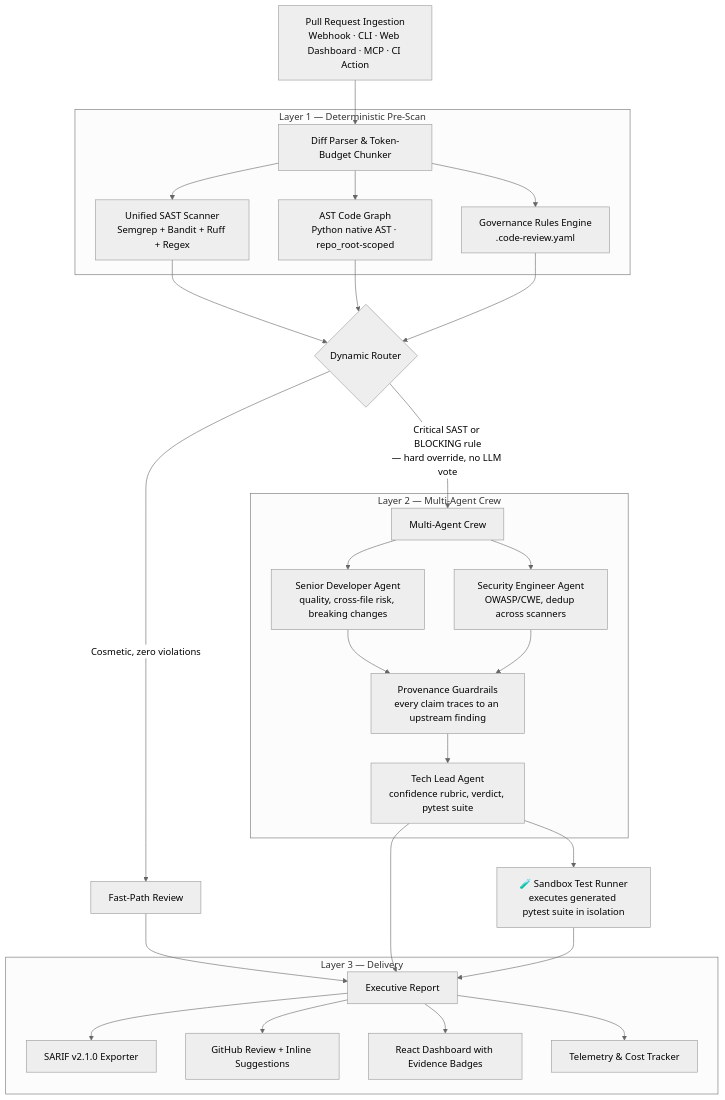
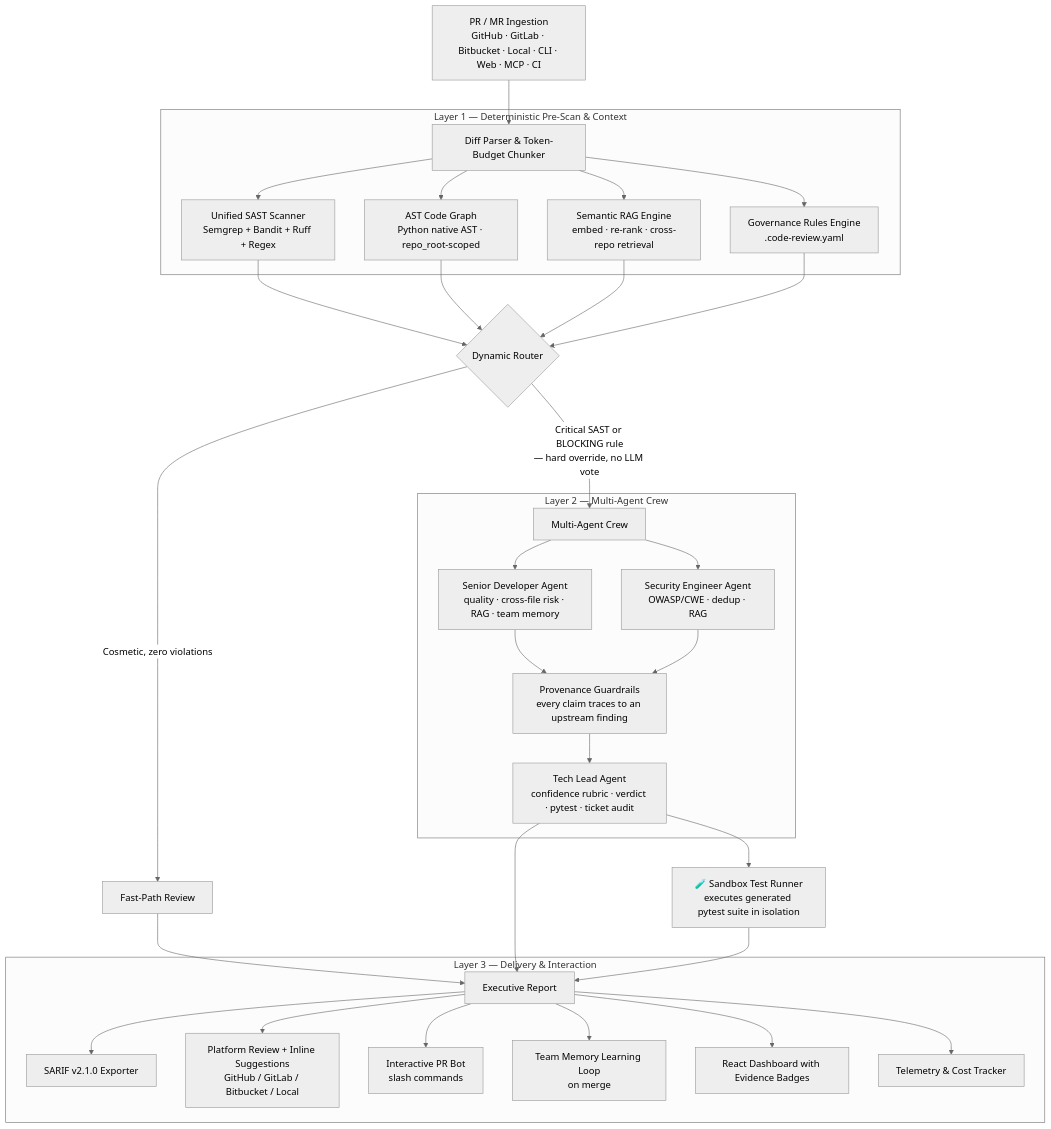
The first of 2 diagrams in README.md (hamza1713/AI-Code-Review-Agent), drawn with Mermaid (neutral theme) before and after one commit. The commit also changed other lines of this file and 43 other files, not shown here.

First line of the commit message:
feat: complete Phases 1-5 enterprise upgrades (RAG, PR Bot, Team Memory, Ticket Compliance, Multi-Platform & Benchmark Engine)

````diff
--- a/README.md
+++ b/README.md
@@ -109,34 +127,37 @@
 ```mermaid
 graph TD
-    A[Pull Request Ingestion<br/>Webhook · CLI · Web Dashboard · MCP · CI Action] --> B[Diff Parser & Token-Budget Chunker]
+    A[PR / MR Ingestion<br/>GitHub · GitLab · Bitbucket · Local · CLI · Web · MCP · CI] --> B[Diff Parser & Token-Budget Chunker]
 
-    subgraph Layer1 [Layer 1 — Deterministic Pre-Scan]
+    subgraph Layer1 [Layer 1 — Deterministic Pre-Scan & Context]
         B --> C[Unified SAST Scanner<br/>Semgrep + Bandit + Ruff + Regex]
         B --> D[AST Code Graph<br/>Python native AST · repo_root-scoped]
+        B --> R[Semantic RAG Engine<br/>embed · re-rank · cross-repo retrieval]
         B --> E[Governance Rules Engine<br/>.code-review.yaml]
     end
 
-    C & D & E --> F{Dynamic Router}
+    C & D & R & E --> F{Dynamic Router}
     F -->|Cosmetic, zero violations| G[Fast-Path Review]
     F -->|Critical SAST or BLOCKING rule<br/>— hard override, no LLM vote| H[Multi-Agent Crew]
 
     subgraph Layer2 [Layer 2 — Multi-Agent Crew]
-        H --> I[Senior Developer Agent<br/>quality, cross-file risk, breaking changes]
-        H --> J[Security Engineer Agent<br/>OWASP/CWE, dedup across scanners]
+        H --> I[Senior Developer Agent<br/>quality · cross-file risk · RAG · team memory]
+        H --> J[Security Engineer Agent<br/>OWASP/CWE · dedup · RAG]
         I --> K[Provenance Guardrails<br/>every claim traces to an upstream finding]
         J --> K
-        K --> L[Tech Lead Agent<br/>confidence rubric, verdict, pytest suite]
+        K --> L[Tech Lead Agent<br/>confidence rubric · verdict · pytest · ticket audit]
     end
 
     G --> M[Executive Report]
     L --> M
     L --> S[🧪 Sandbox Test Runner<br/>executes generated pytest suite in isolation]
     S --> M
 
-    subgraph Layer3 [Layer 3 — Delivery]
+    subgraph Layer3 [Layer 3 — Delivery & Interaction]
         M --> N[SARIF v2.1.0 Exporter]
-        M --> O[GitHub Review + Inline Suggestions]
+        M --> O[Platform Review + Inline Suggestions<br/>GitHub / GitLab / Bitbucket / Local]
+        M --> BOT[Interactive PR Bot<br/>slash commands]
+        M --> MEM[Team Memory Learning Loop<br/>on merge]
         M --> P[React Dashboard with Evidence Badges]
         M --> Q[Telemetry & Cost Tracker]
     end
 ```
````
